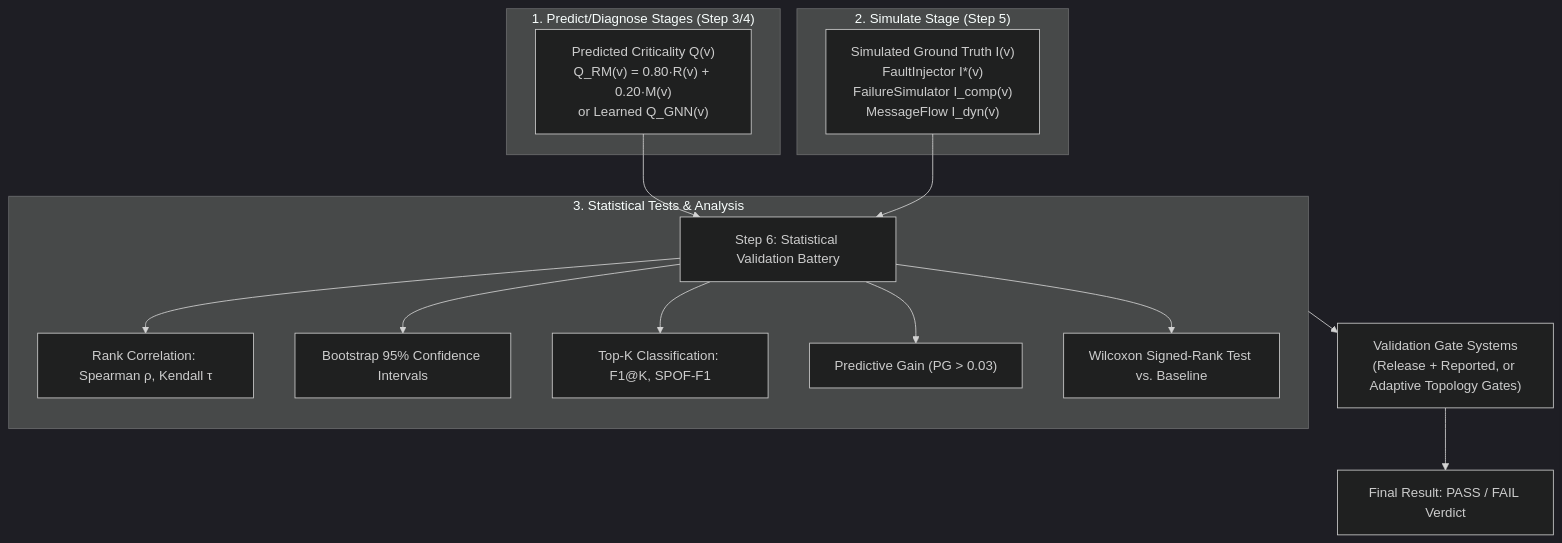
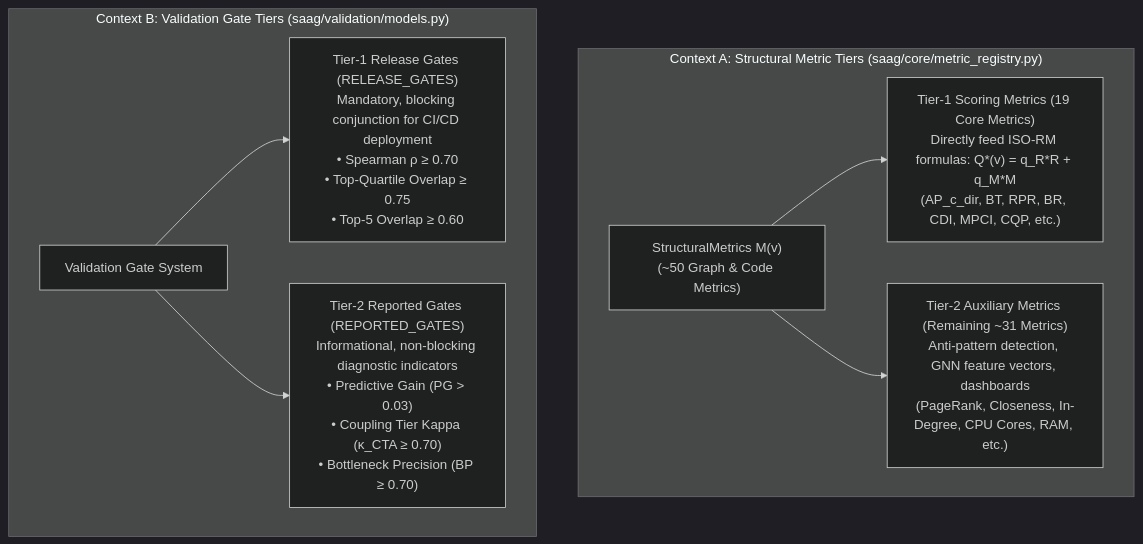
One commit to onuralpyigit/software-as-a-graph changed the first of 4 diagrams in docs/validation.md. Above: the diagram before and after it, drawn with Mermaid (dark theme). The commit also changed other lines of this file and 16 other files, not shown here.

````diff
--- a/docs/validation.md
+++ b/docs/validation.md
@@ -44,24 +81,14 @@
 ```mermaid
-flowchart TD
-    subgraph Prediction["1. Predict/Diagnose Stages (Step 3/4)"]
-        Q["Predicted Criticality Q(v)<br>Q_RM(v) = 0.80·R(v) + 0.20·M(v)<br>or Learned Q_GNN(v)"]
+graph TD
+    subgraph ContextA["Context A: Structural Metric Tiers (saag/core/metric_registry.py)"]
+        M_ALL["StructuralMetrics M(v)<br>(~50 Graph & Code Metrics)"]
+        M_ALL --> T1_M["Tier-1 Scoring Metrics (19 Core Metrics)<br>Directly feed ISO-RM formulas: Q*(v) = q_R*R + q_M*M<br>(AP_c_dir, BT, RPR, BR, CDI, MPCI, CQP, etc.)"]
+        M_ALL --> T2_M["Tier-2 Auxiliary Metrics (Remaining ~31 Metrics)<br>Anti-pattern detection, GNN feature vectors, dashboards<br>(PageRank, Closeness, In-Degree, CPU Cores, RAM, etc.)"]
     end
 
-    subgraph Simulation["2. Simulate Stage (Step 5)"]
-        I["Simulated Ground Truth I(v)<br>FaultInjector I*(v)<br>FailureSimulator I_comp(v)<br>MessageFlow I_dyn(v)"]
+    subgraph ContextB["Context B: Validation Gate Tiers (saag/validation/models.py)"]
+        V_GATES["Validation Gate System"]
+        V_GATES --> T1_G["Tier-1 Release Gates (RELEASE_GATES)<br>Mandatory, blocking conjunction for CI/CD deployment<br>• Spearman ρ ≥ 0.70<br>• Top-Quartile Overlap ≥ 0.75<br>• Top-5 Overlap ≥ 0.60"]
+        V_GATES --> T2_G["Tier-2 Reported Gates (REPORTED_GATES)<br>Informational, non-blocking diagnostic indicators<br>• Predictive Gain (PG > 0.03)<br>• Coupling Tier Kappa (κ_CTA ≥ 0.70)<br>• Bottleneck Precision (BP ≥ 0.70)"]
     end
-
-    Q --> STAT["Step 6: Statistical Validation Battery"]
-    I --> STAT
-
-    subgraph Battery["3. Statistical Tests & Analysis"]
-        STAT --> CORR["Rank Correlation: Spearman ρ, Kendall τ"]
-        STAT --> CI["Bootstrap 95% Confidence Intervals"]
-        STAT --> CLAS["Top-K Classification: F1@K, SPOF-F1"]
-        STAT --> PG["Predictive Gain (PG > 0.03)"]
-        STAT --> WX["Wilcoxon Signed-Rank Test vs. Baseline"]
-    end
-
-    Battery --> GATES["Validation Gate Systems<br>(Release + Reported, or Adaptive Topology Gates)"]
-    GATES --> VERDICT["Final Result: PASS / FAIL Verdict"]
 ```
````
